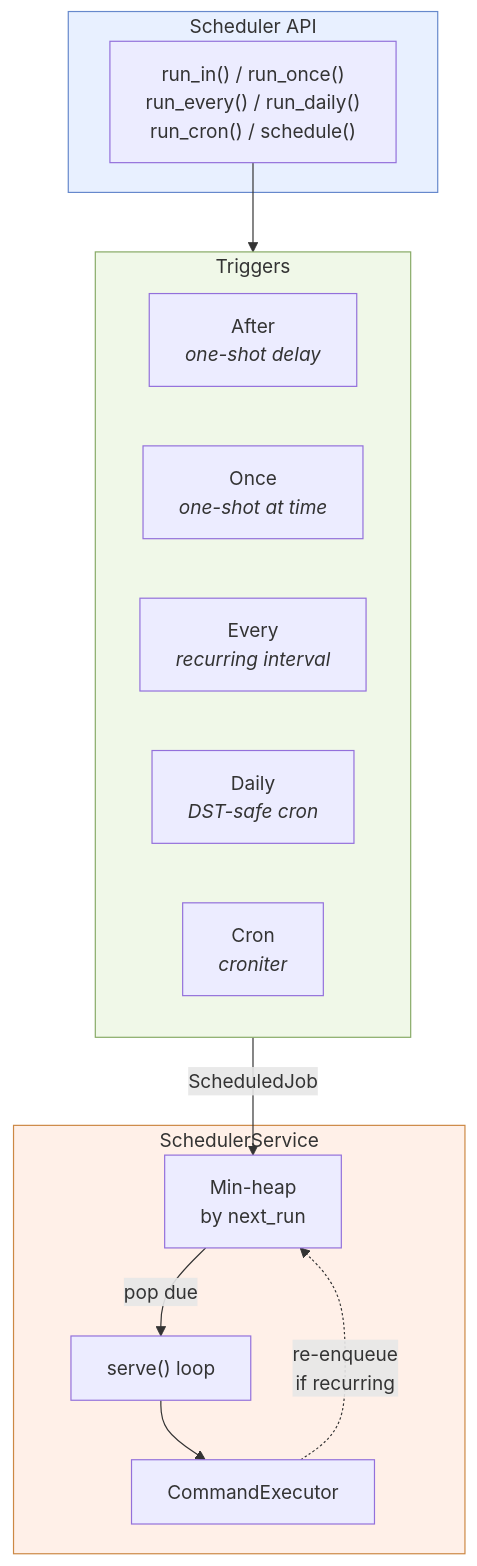
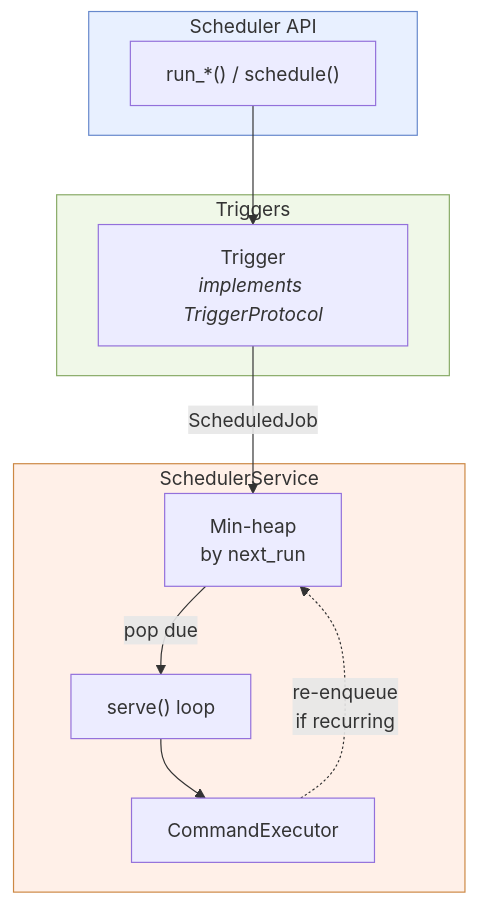
The fifth of 9 diagrams in docs/pages/core-concepts/internals.md (NodeJSmith/hassette), drawn with Mermaid before and after one commit. The commit also changed other lines of this file, not shown here.

First line of the commit message:
docs: polish diagram layouts for consistency and clarity

````diff
--- a/docs/pages/core-concepts/internals.md
+++ b/docs/pages/core-concepts/internals.md
@@ -295,33 +254,28 @@
 ```mermaid
 flowchart TD
     accTitle: Scheduler Job Pipeline
     accDescr: From convenience methods through triggers to the dispatch loop
 
     subgraph api["Scheduler API"]
-        methods["run_in() / run_once()<br/>run_every() / run_daily()<br/>run_cron() / schedule()"]
+        methods["run_*() / schedule()"]
     end
 
     subgraph triggers["Triggers"]
-        direction LR
-        After["After<br/><i>one-shot delay</i>"]
-        Once["Once<br/><i>one-shot at time</i>"]
-        Every["Every<br/><i>recurring interval</i>"]
-        Daily["Daily<br/><i>DST-safe cron</i>"]
-        Cron["Cron<br/><i>croniter</i>"]
+        T["Trigger<br/><i>implements TriggerProtocol</i>"]
     end
 
     subgraph engine["SchedulerService"]
         heap["Min-heap<br/>by next_run"]
         loop["serve() loop"]
         exec["CommandExecutor"]
         heap -- "pop due" --> loop --> exec
     end
 
-    methods --> triggers
-    triggers -- "ScheduledJob" --> heap
+    methods --> T
+    T -- "ScheduledJob" --> heap
     exec -. "re-enqueue<br/>if recurring" .-> heap
 
     style api fill:#e8f0ff,stroke:#6688cc
     style triggers fill:#f0f8e8,stroke:#88aa66
     style engine fill:#fff0e8,stroke:#cc8844
 ```
````
